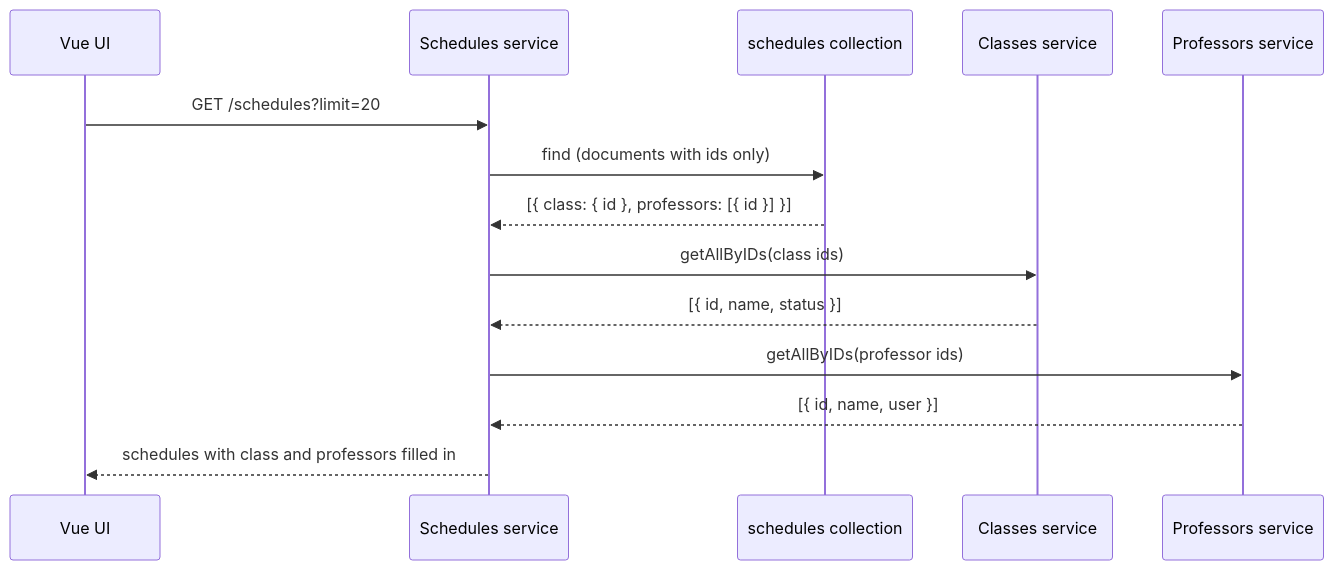
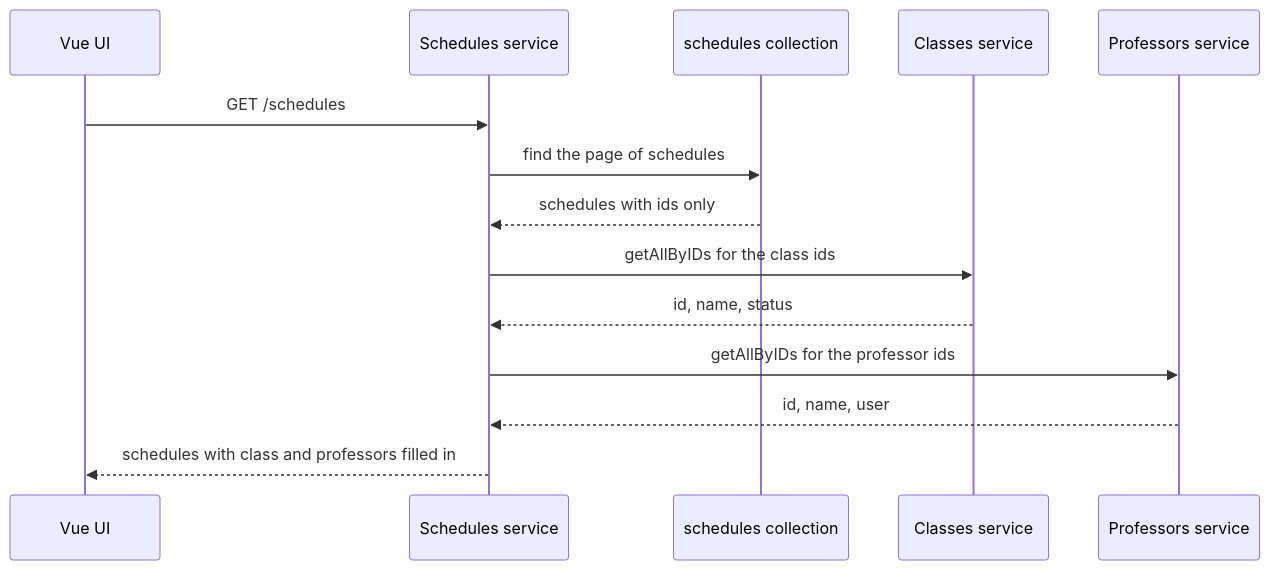
The fifth of 11 diagrams in README.md (herrcristi/small-nodejs-service), drawn with Mermaid before and after one commit. The commit also changed other lines of this file, not shown here.

````diff
--- a/README.md
+++ b/README.md
@@ -86,16 +239,16 @@
 ```mermaid
 sequenceDiagram
   participant UI as Vue UI
   participant S as Schedules service
   participant DB as schedules collection
   participant C as Classes service
   participant P as Professors service
-  UI->>S: GET /schedules?limit=20
-  S->>DB: find (documents with ids only)
-  DB-->>S: [{ class: { id }, professors: [{ id }] }]
-  S->>C: getAllByIDs(class ids)
-  C-->>S: [{ id, name, status }]
-  S->>P: getAllByIDs(professor ids)
-  P-->>S: [{ id, name, user }]
+  UI->>S: GET /schedules
+  S->>DB: find the page of schedules
+  DB-->>S: schedules with ids only
+  S->>C: getAllByIDs for the class ids
+  C-->>S: id, name, status
+  S->>P: getAllByIDs for the professor ids
+  P-->>S: id, name, user
   S-->>UI: schedules with class and professors filled in
 ```
````
